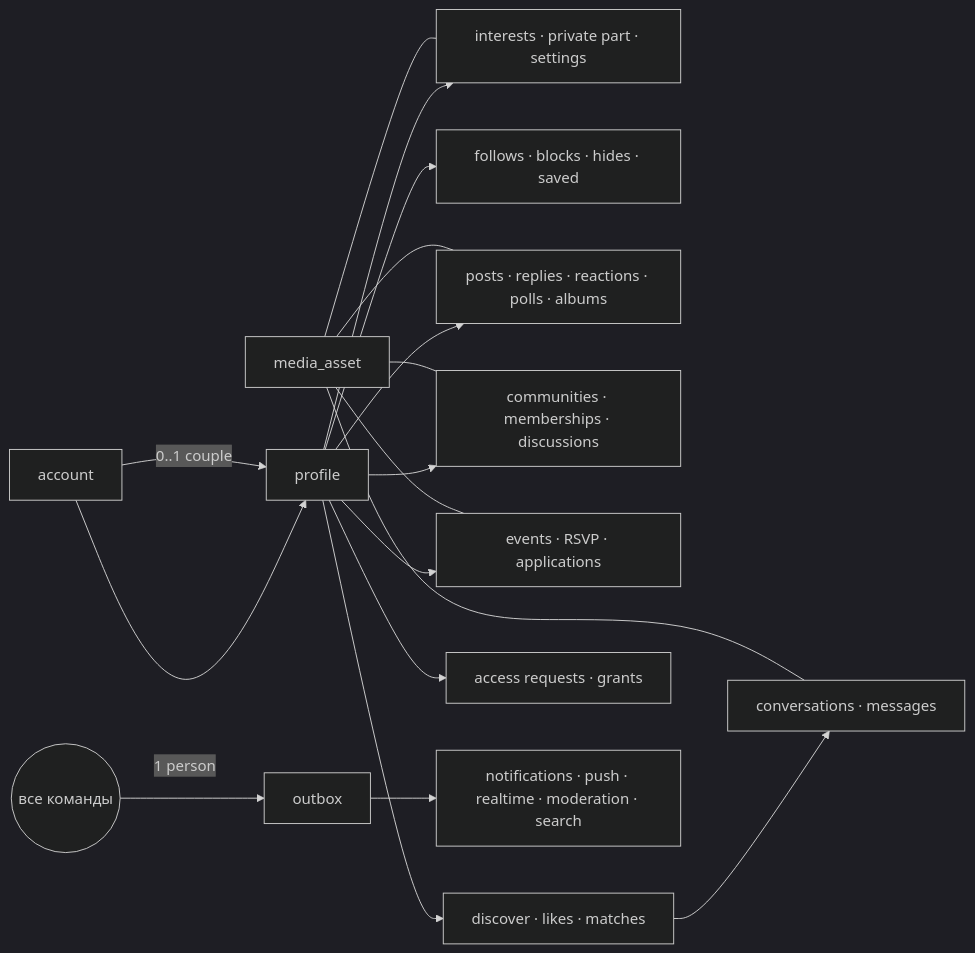
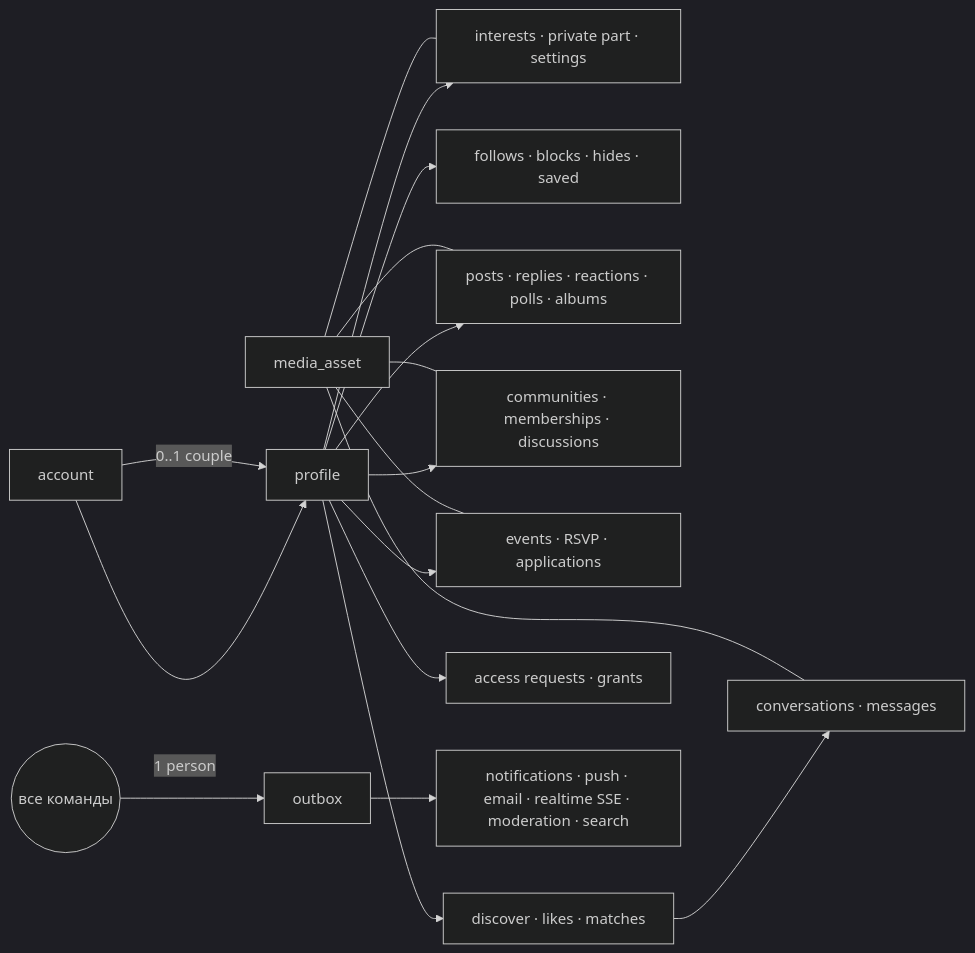
Before and after one commit to edkiy73/Fit_timer: the diagram in apps/feture/docs/server/S1-DOMAIN-MODEL.md, drawn with Mermaid (dark theme). The commit also changed other lines of this file and 31 other files, not shown here.

````diff
--- a/apps/feture/docs/server/S1-DOMAIN-MODEL.md
+++ b/apps/feture/docs/server/S1-DOMAIN-MODEL.md
@@ -25,15 +25,15 @@
 ```mermaid
 flowchart LR
   A[account] -->|1 person| P[profile]
   A -->|0..1 couple| P
   P --> I[interests · private part · settings]
   P --> S[follows · blocks · hides · saved]
   P --> C[posts · replies · reactions · polls · albums]
   P --> M[communities · memberships · discussions]
   P --> E[events · RSVP · applications]
   P --> D[discover · likes · matches]
   D --> CH[conversations · messages]
   P --> AC[access requests · grants]
-  ALL((все команды)) --> OB[outbox] --> N[notifications · push · realtime · moderation · search]
+  ALL((все команды)) --> OB[outbox] --> N[notifications · push · email · realtime SSE · moderation · search]
   MA[media_asset] --- C & I & CH & M & E
 ```
````
